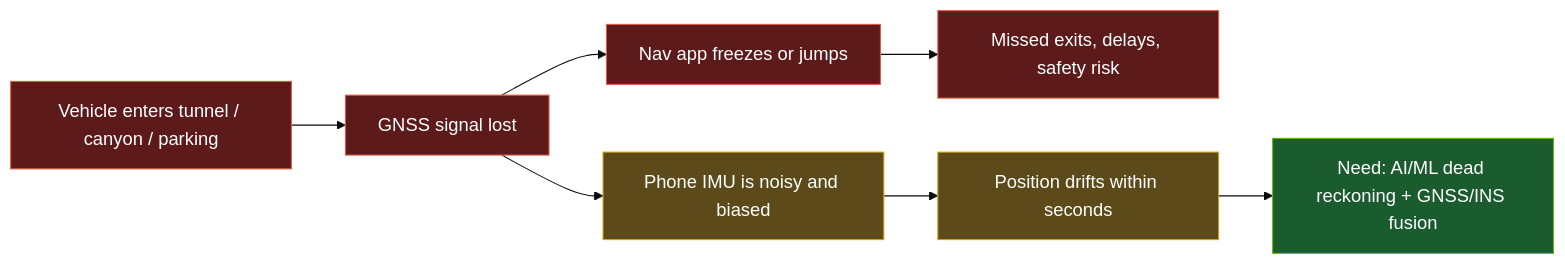
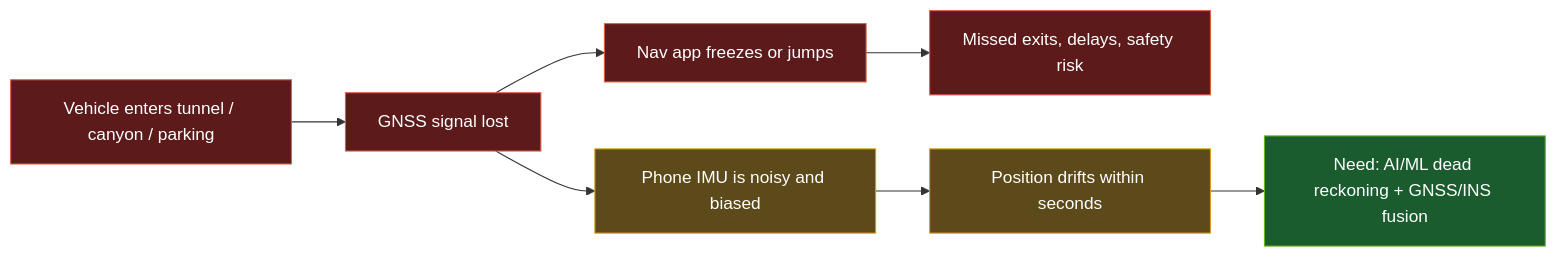
The second of 8 diagrams in README.md (Team-TechGen-NITC/IMU-Dead-Reckoning), drawn with Mermaid before and after one commit.

````diff
--- a/README.md
+++ b/README.md
@@ -62,15 +62,13 @@
 ```mermaid
-%%{init: {'theme':'base','themeVariables':{'fontSize':'17px','git0':'#0e7490',
-'gitBranchLabel0':'#f8fafc'}}}%%
 flowchart LR
     A["Vehicle enters tunnel / canyon / parking"]:::bad --> B["GNSS signal lost"]:::bad
     B --> C["Nav app freezes or jumps"]:::bad
     C --> D["Missed exits, delays, safety risk"]:::bad
     B --> E["Phone IMU is noisy and biased"]:::warn
     E --> F["Position drifts within seconds"]:::warn
     F --> G["Need: AI/ML dead reckoning + GNSS/INS fusion"]:::good
 
     classDef bad fill:#5c1a1a,stroke:#e05d44,color:#fff
     classDef warn fill:#5c4a1a,stroke:#d4a017,color:#fff
     classDef good fill:#1a5c2e,stroke:#66b512,color:#fff
 ```
````
